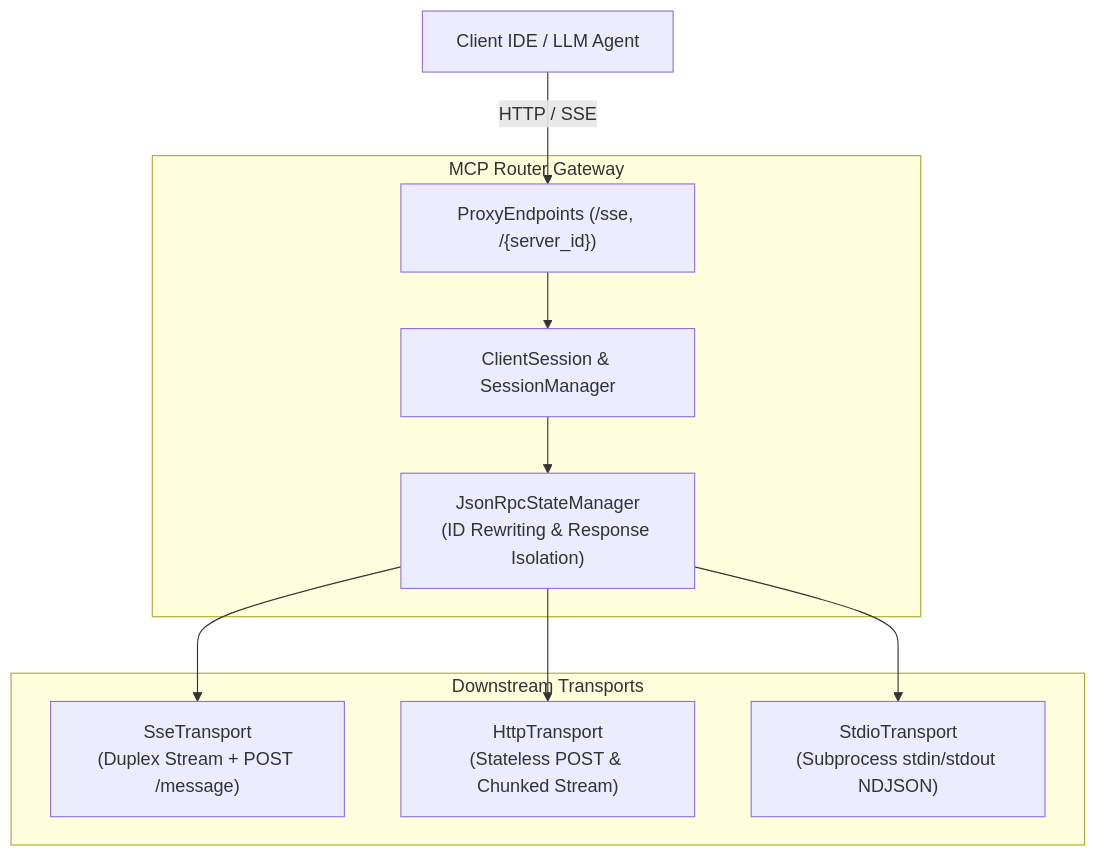
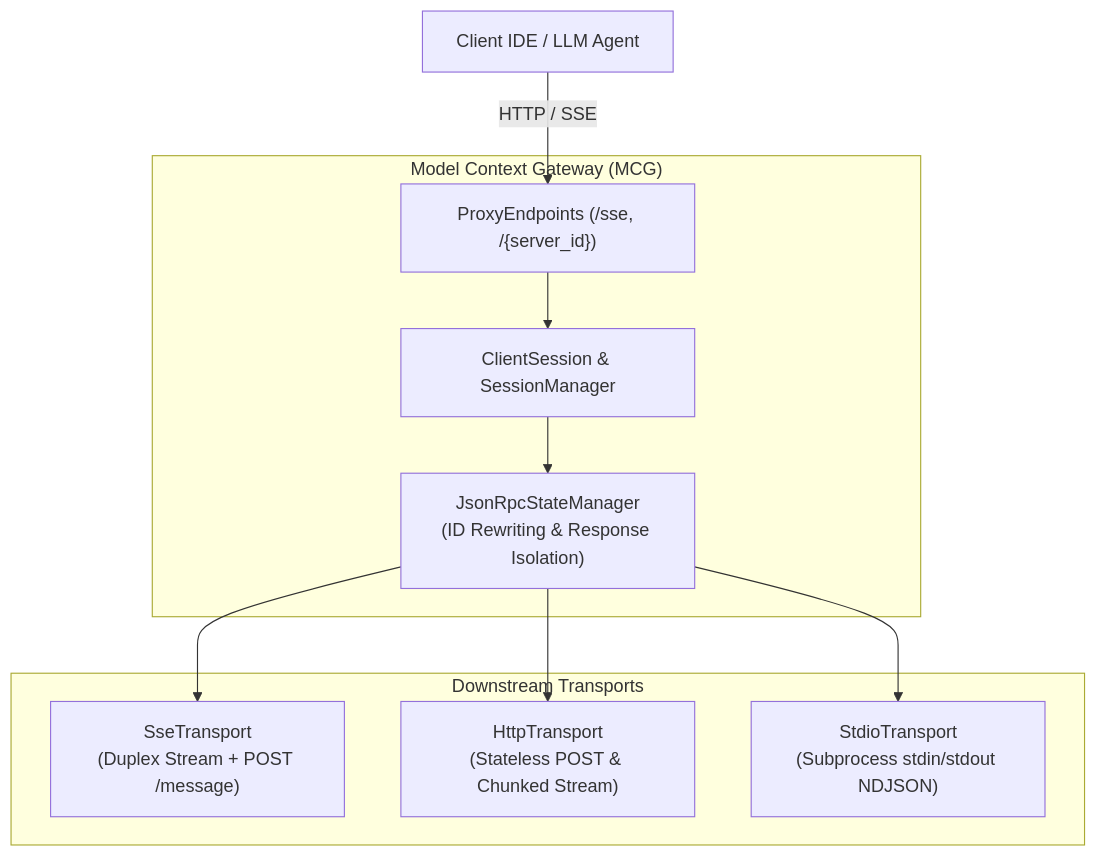
One commit to spelech/CSharp-MCP-Router changed the first of 3 diagrams in docs/transports.md. Above: the diagram before and after it, drawn with Mermaid. The commit also changed other lines of this file and 25 other files, not shown here.

Commit message:
docs: complete comprehensive branding sweep to Model Context Gateway (MCG)

````diff
--- a/docs/transports.md
+++ b/docs/transports.md
@@ -40,23 +40,23 @@
 ```mermaid
 graph TD
     Client["Client IDE / LLM Agent"]
     
-    subgraph Gateway ["MCP Router Gateway"]
+    subgraph Gateway ["Model Context Gateway (MCG)"]
         Proxy["ProxyEndpoints (/sse, /{server_id})"]
         Session["ClientSession & SessionManager"]
         StateManager["JsonRpcStateManager<br>(ID Rewriting & Response Isolation)"]
     end
     
     subgraph Backends ["Downstream Transports"]
         SSE["SseTransport<br>(Duplex Stream + POST /message)"]
         HTTP["HttpTransport<br>(Stateless POST & Chunked Stream)"]
         STDIO["StdioTransport<br>(Subprocess stdin/stdout NDJSON)"]
     end
 
     Client -->|HTTP / SSE| Proxy
     Proxy --> Session
     Session --> StateManager
     StateManager --> SSE
     StateManager --> HTTP
     StateManager --> STDIO
 ```
````
